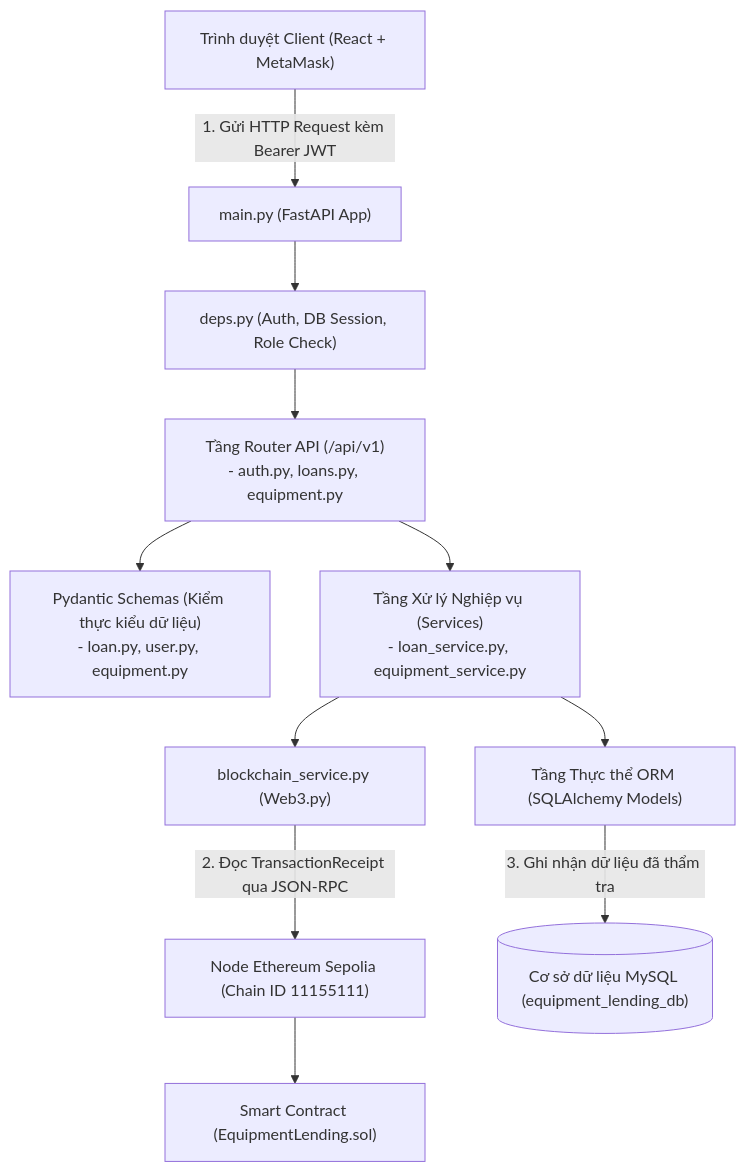
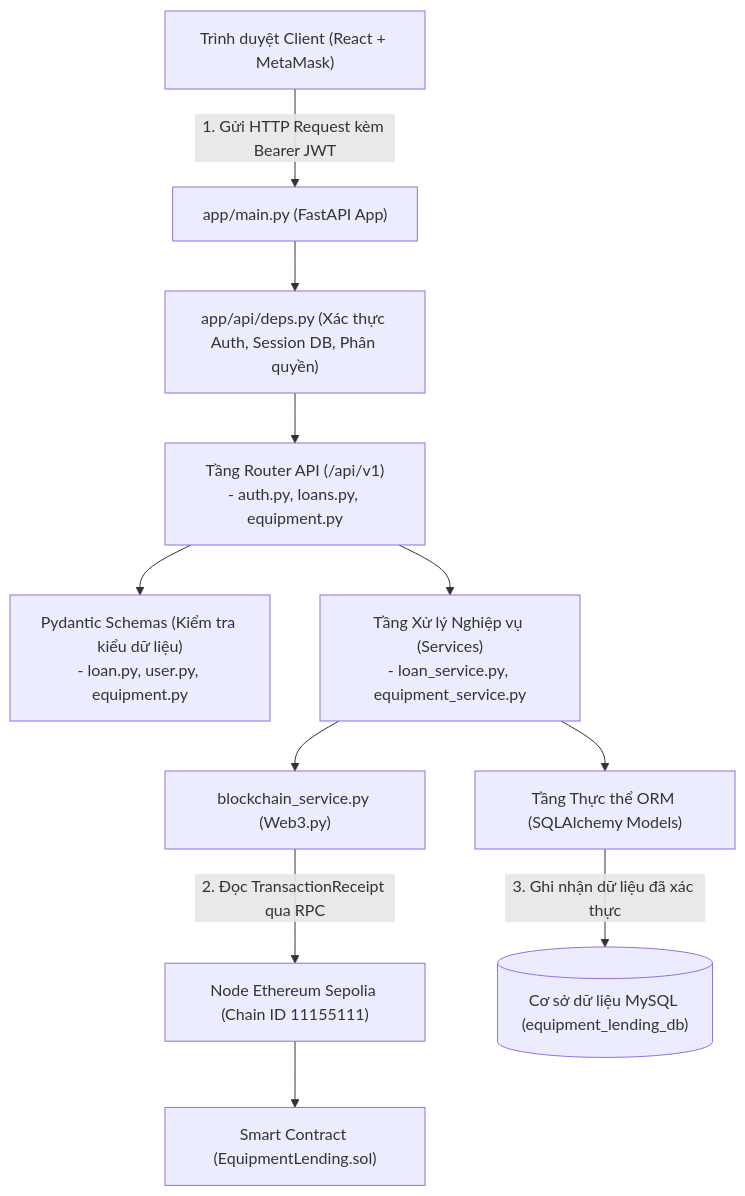
One commit to NguyenThanhDuy42124/EduVault changed the diagram in docs/GIAI_THICH_CAC_FILE_BACKEND.md. Above: the diagram before and after it, drawn with Mermaid. The commit also changed other lines of this file and 1 other file, not shown here.

````diff
--- a/docs/GIAI_THICH_CAC_FILE_BACKEND.md
+++ b/docs/GIAI_THICH_CAC_FILE_BACKEND.md
@@ -47,16 +13,16 @@
 ```mermaid
 flowchart TD
-    Client["Trình duyệt Client (React + MetaMask)"] -->|1. Gửi HTTP Request kèm Bearer JWT| Main["main.py (FastAPI App)"]
-    Main --> Deps["deps.py (Auth, DB Session, Role Check)"]
+    Client["Trình duyệt Client (React + MetaMask)"] -->|1. Gửi HTTP Request kèm Bearer JWT| Main["app/main.py (FastAPI App)"]
+    Main --> Deps["app/api/deps.py (Xác thực Auth, Session DB, Phân quyền)"]
     Deps --> Routers["Tầng Router API (/api/v1)\n- auth.py, loans.py, equipment.py"]
     
-    Routers --> Schemas["Pydantic Schemas (Kiểm thực kiểu dữ liệu)\n- loan.py, user.py, equipment.py"]
+    Routers --> Schemas["Pydantic Schemas (Kiểm tra kiểu dữ liệu)\n- loan.py, user.py, equipment.py"]
     Routers --> Services["Tầng Xử lý Nghiệp vụ (Services)\n- loan_service.py, equipment_service.py"]
     
     Services --> BlockchainService["blockchain_service.py (Web3.py)"]
-    BlockchainService -->|2. Đọc TransactionReceipt qua JSON-RPC| NodeSepolia["Node Ethereum Sepolia (Chain ID 11155111)"]
+    BlockchainService -->|2. Đọc TransactionReceipt qua RPC| NodeSepolia["Node Ethereum Sepolia (Chain ID 11155111)"]
     NodeSepolia --> SmartContract["Smart Contract (EquipmentLending.sol)"]
     
     Services --> Models["Tầng Thực thể ORM (SQLAlchemy Models)"]
-    Models -->|3. Ghi nhận dữ liệu đã thẩm tra| MySQL[("Cơ sở dữ liệu MySQL (equipment_lending_db)")]
+    Models -->|3. Ghi nhận dữ liệu đã xác thực| MySQL[("Cơ sở dữ liệu MySQL (equipment_lending_db)")]
 ```
````
